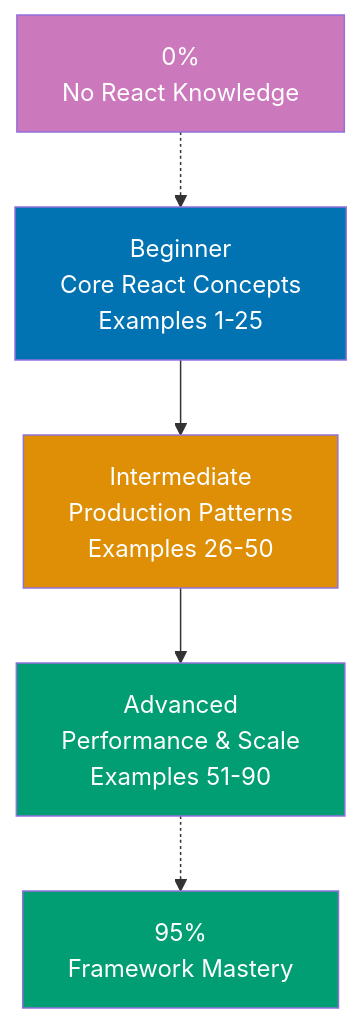
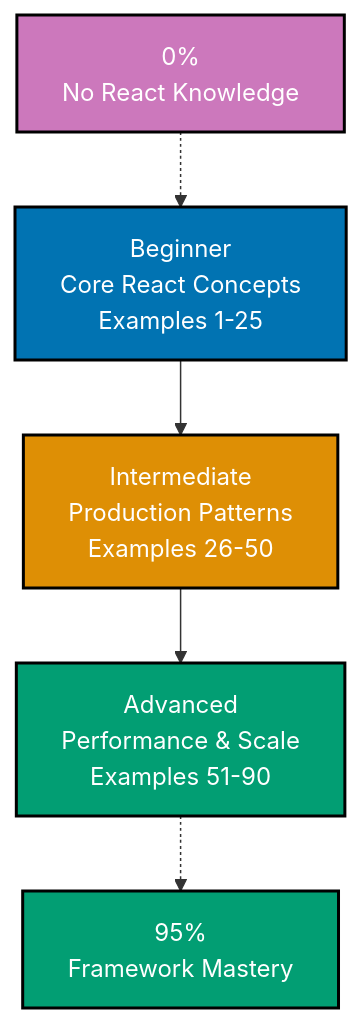
One commit to wahidyankf/open-sharia-enterprise changed the diagram in apps/ayokoding-web/content/en/learn/software-engineering/platform-web/tools/fe-react/by-example/overview.md. Above: the diagram before and after it, drawn with Mermaid. The commit also changed 25 other files, not shown here.

````diff
--- a/apps/ayokoding-web/content/en/learn/software-engineering/platform-web/tools/fe-react/by-example/overview.md
+++ b/apps/ayokoding-web/content/en/learn/software-engineering/platform-web/tools/fe-react/by-example/overview.md
@@ -35,13 +35,14 @@
 ```mermaid
+%% Color Palette: Blue #0173B2, Orange #DE8F05, Teal #029E73, Purple #CC78BC, Brown #CA9161
 graph TD
   A["Beginner<br/>Core React Concepts<br/>Examples 1-25"] --> B["Intermediate<br/>Production Patterns<br/>Examples 26-50"]
   B --> C["Advanced<br/>Performance & Scale<br/>Examples 51-90"]
   D["0%<br/>No React Knowledge"] -.-> A
   C -.-> E["95%<br/>Framework Mastery"]
 
-  style A fill:#0173B2,color:#fff
-  style B fill:#DE8F05,color:#fff
-  style C fill:#029E73,color:#fff
-  style D fill:#CC78BC,color:#fff
-  style E fill:#029E73,color:#fff
+  style A fill:#0173B2,stroke:#000000,stroke-width:2px,color:#fff
+  style B fill:#DE8F05,stroke:#000000,stroke-width:2px,color:#fff
+  style C fill:#029E73,stroke:#000000,stroke-width:2px,color:#fff
+  style D fill:#CC78BC,stroke:#000000,stroke-width:2px,color:#fff
+  style E fill:#029E73,stroke:#000000,stroke-width:2px,color:#fff
 ```
````
